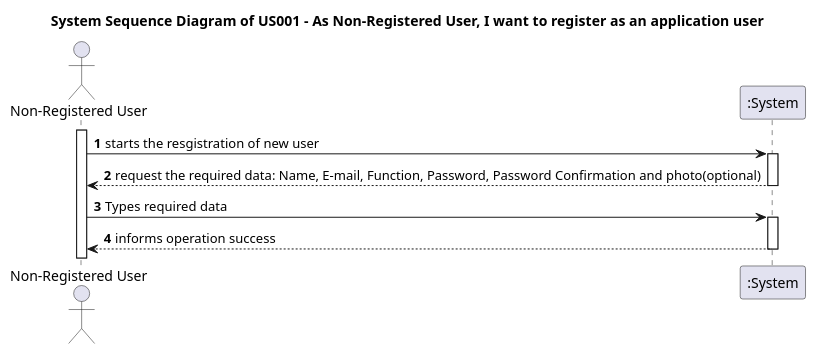
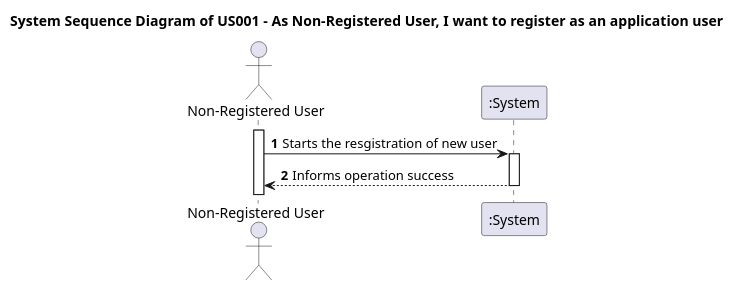
The diagram in docs/Sprint1/US001/US001-SSD.puml (nunogon1211787/projectManagement), drawn with PlantUML before and after one commit. The commit also changed 89 other files, not shown here.

```diff
--- a/docs/Sprint1/US001/US001-SSD.puml
+++ b/docs/Sprint1/US001/US001-SSD.puml
@@ -1,19 +1,19 @@
 @startuml
 'https://plantuml.com/sequence-diagram
 
 title System Sequence Diagram of US001 - As Non-Registered User, I want to register as an application user
 
 autoactivate on
 autonumber
 
 actor "Non-Registered User" as User
 participant ":System" as System
 
 activate User
 
-User -> System:starts the resgistration of new user
-System --> User: request the required data: Name, E-mail, Function, Password, Password Confirmation and photo(optional)
+User -> System:Starts the resgistration of new user
+'System --> User: request the required data: Name, E-mail, Function, Password, Password Confirmation and photo(optional)
 
-User -> System: Types required data
-User <-- System: informs operation success
+'User -> System: Types required data
+User <-- System: Informs operation success
 @enduml
```
